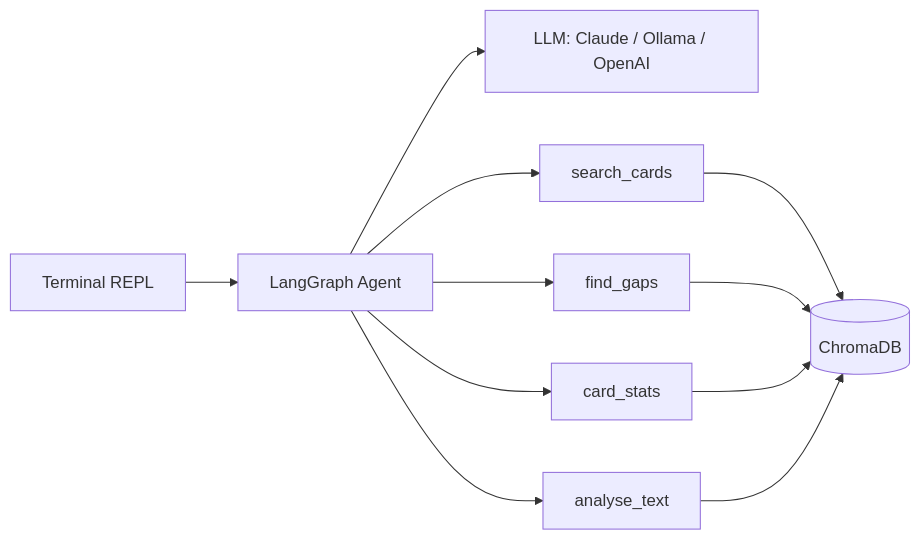
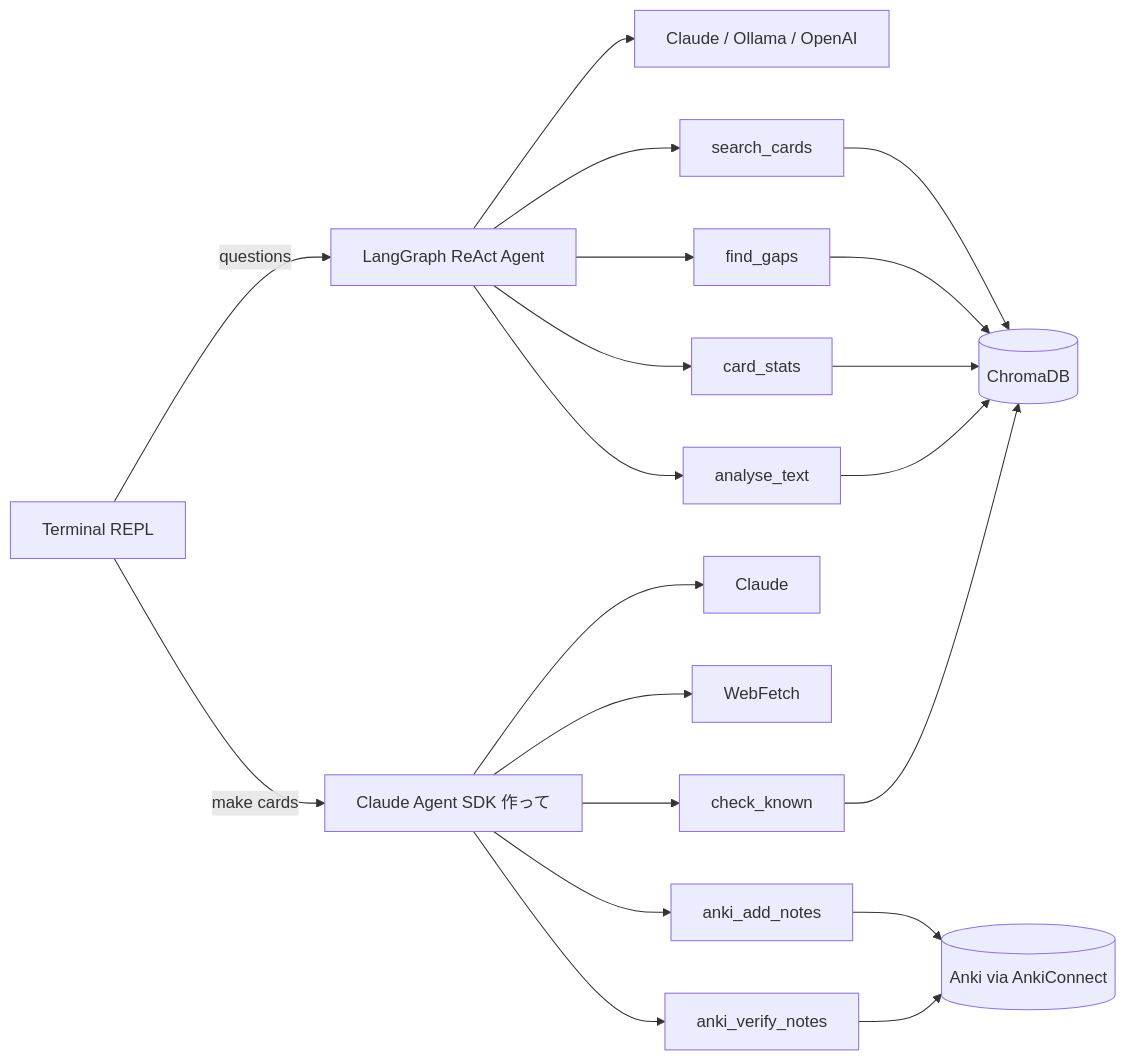
Before and after one commit to leedoughty/anki-tomodachi: the diagram in README.md, drawn with Mermaid. The commit also changed other lines of this file and 12 other files, not shown here.

Commit message:
feat: add tsukutte card generation via the Claude Agent SDK

````diff
--- a/README.md
+++ b/README.md
@@ -179,13 +246,26 @@
 ```mermaid
 flowchart LR
-    CLI[Terminal REPL] --> Agent[LangGraph Agent]
-    Agent --> LLM[LLM: Claude / Ollama / OpenAI]
-    Agent --> search[search_cards]
-    Agent --> gaps[find_gaps]
-    Agent --> stats[card_stats]
-    Agent --> analyse[analyse_text]
+    CLI[Terminal REPL] -->|questions| Chat[LangGraph ReAct Agent]
+    CLI -->|make cards| Make[Claude Agent SDK 作って]
+
+    Chat --> LLM[Claude / Ollama / OpenAI]
+    Chat --> search[search_cards]
+    Chat --> gaps[find_gaps]
+    Chat --> stats[card_stats]
+    Chat --> analyse[analyse_text]
+
+    Make --> Claude[Claude]
+    Make --> web[WebFetch]
+    Make --> known[check_known]
+    Make --> add[anki_add_notes]
+    Make --> verify[anki_verify_notes]
+
     search --> Chroma[(ChromaDB)]
     gaps --> Chroma
     stats --> Chroma
     analyse --> Chroma
+    known --> Chroma
+
+    add --> Anki[(Anki via AnkiConnect)]
+    verify --> Anki
 ```
````
